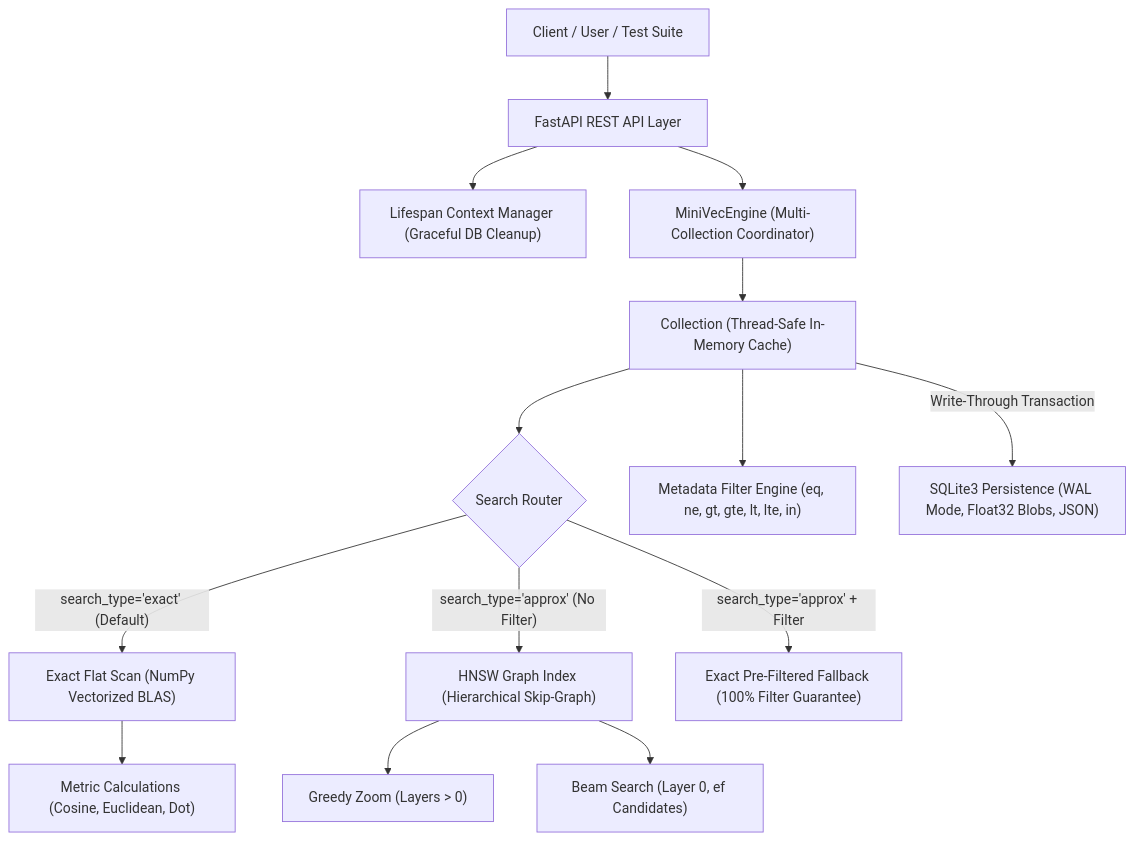
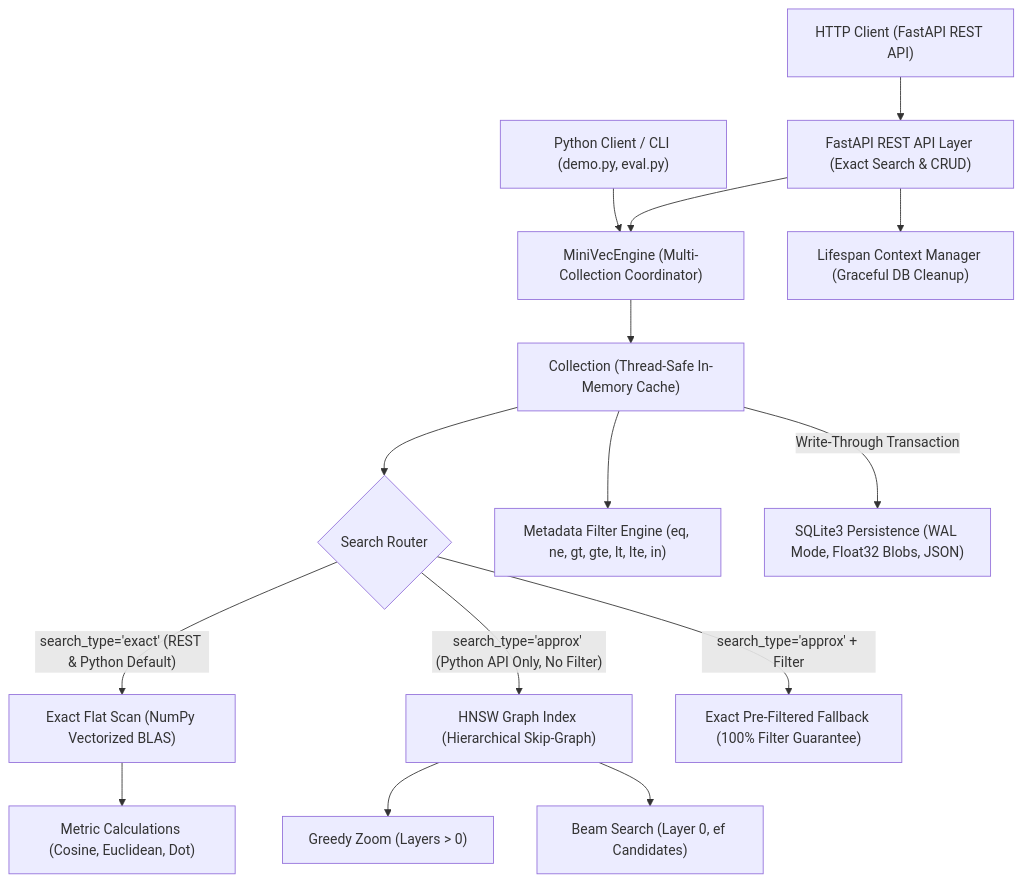
One commit to reachsaranshlinkx-bit/minivec-vector-search-engine changed the diagram in README.md. Above: the diagram before and after it, drawn with Mermaid. The commit also changed other lines of this file and 4 other files, not shown here.

Commit message:
Harden MiniVec documentation, licensing, and CI

````diff
--- a/README.md
+++ b/README.md
@@ -19,21 +19,23 @@
 ```mermaid
 graph TD
-    Client["Client / User / Test Suite"] --> API["FastAPI REST API Layer"]
+    HTTPClient["HTTP Client (FastAPI REST API)"] --> API["FastAPI REST API Layer (Exact Search & CRUD)"]
+    PythonClient["Python Client / CLI (demo.py, eval.py)"] --> Engine["MiniVecEngine (Multi-Collection Coordinator)"]
+
     API --> Lifespan["Lifespan Context Manager (Graceful DB Cleanup)"]
-    API --> Engine["MiniVecEngine (Multi-Collection Coordinator)"]
+    API --> Engine
     
     Engine --> Collection["Collection (Thread-Safe In-Memory Cache)"]
     
     Collection --> SearchRouter{"Search Router"}
-    SearchRouter -- "search_type='exact' (Default)" --> ExactScan["Exact Flat Scan (NumPy Vectorized BLAS)"]
-    SearchRouter -- "search_type='approx' (No Filter)" --> HNSW["HNSW Graph Index (Hierarchical Skip-Graph)"]
+    SearchRouter -- "search_type='exact' (REST & Python Default)" --> ExactScan["Exact Flat Scan (NumPy Vectorized BLAS)"]
+    SearchRouter -- "search_type='approx' (Python API Only, No Filter)" --> HNSW["HNSW Graph Index (Hierarchical Skip-Graph)"]
     SearchRouter -- "search_type='approx' + Filter" --> Fallback["Exact Pre-Filtered Fallback (100% Filter Guarantee)"]
     
     HNSW --> GreedyRouting["Greedy Zoom (Layers > 0)"]
     HNSW --> BeamSearch["Beam Search (Layer 0, ef Candidates)"]
     
     Collection --> FilterEngine["Metadata Filter Engine (eq, ne, gt, gte, lt, lte, in)"]
     ExactScan --> DistanceEngine["Metric Calculations (Cosine, Euclidean, Dot)"]
     
     Collection -- "Write-Through Transaction" --> SQLite["SQLite3 Persistence (WAL Mode, Float32 Blobs, JSON)"]
 ```
````
